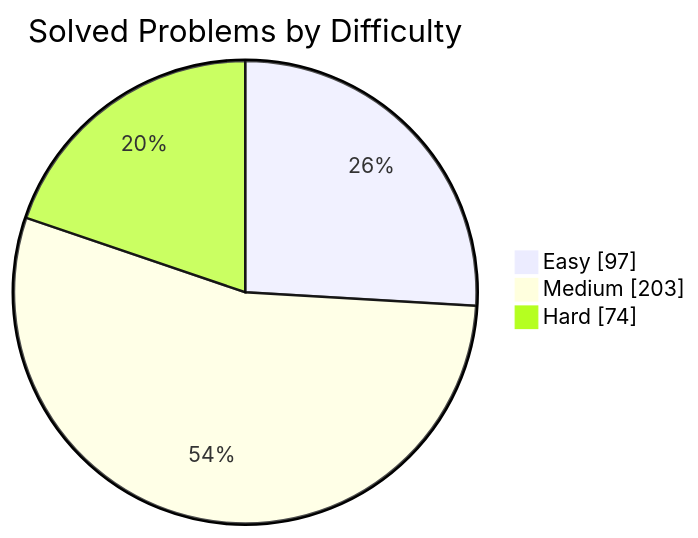
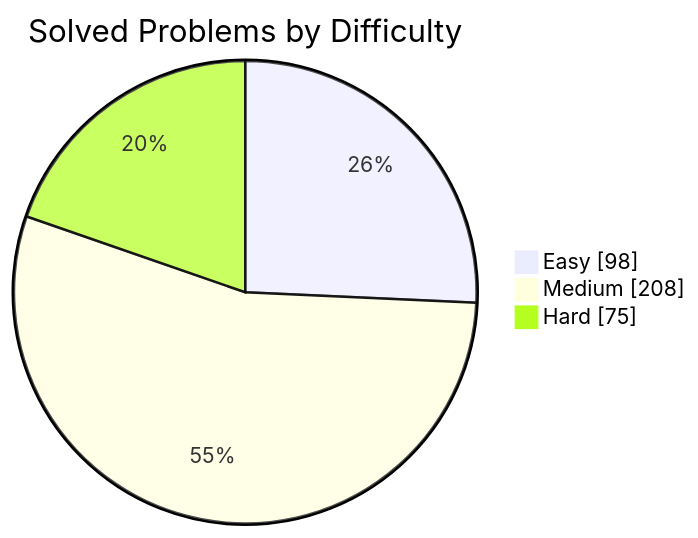
One commit to manikantbindass/DSA-Preparation-FAANG changed the first of 2 diagrams in README.md. Above: the diagram before and after it, drawn with Mermaid. The commit also changed other lines of this file and 1 other file, not shown here.

````diff
--- a/README.md
+++ b/README.md
@@ -77,7 +77,7 @@
 ```mermaid
 pie showData
     title Solved Problems by Difficulty
-    "Easy" : 97
-    "Medium" : 203
-    "Hard" : 74
+    "Easy" : 98
+    "Medium" : 208
+    "Hard" : 75
 ```
````
